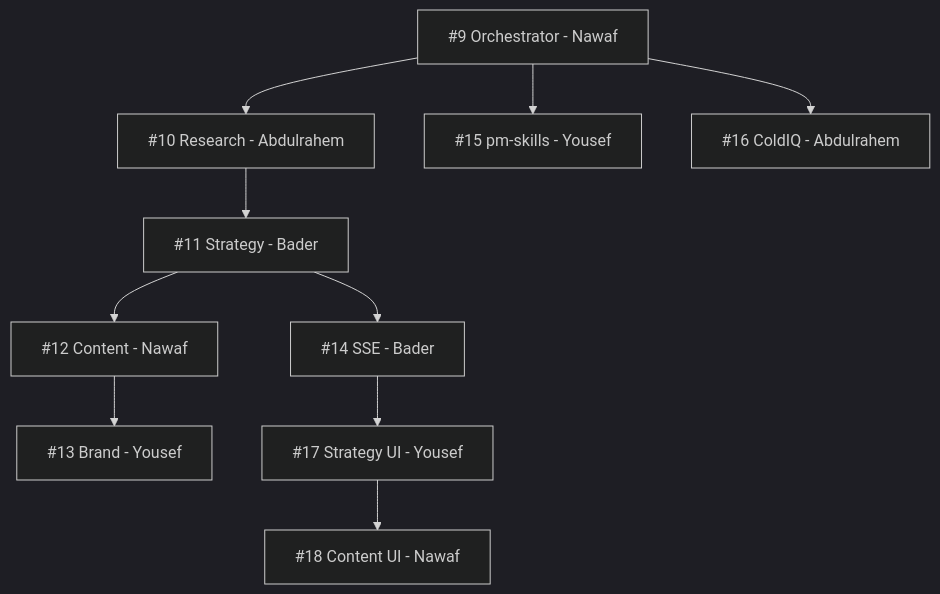
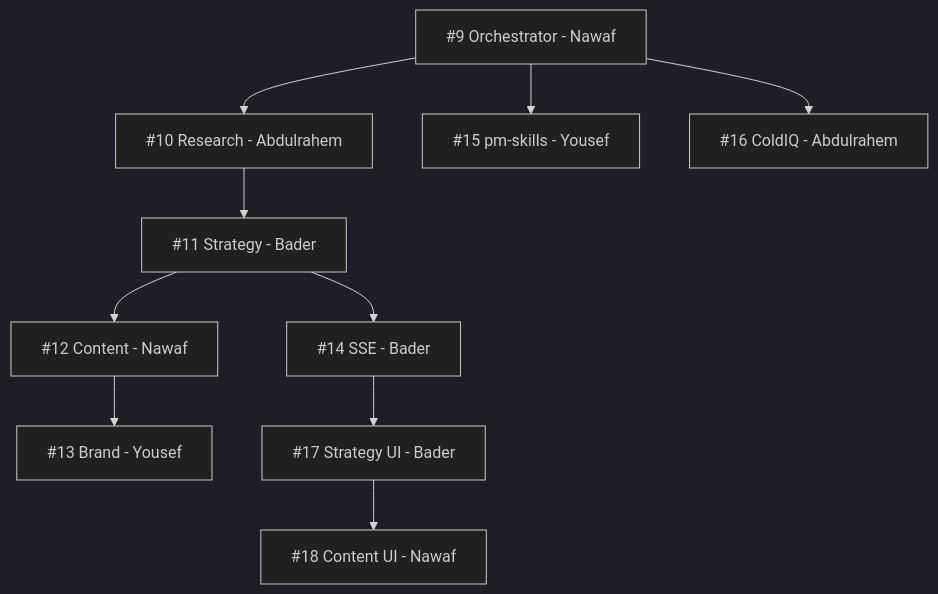
One commit to yousef4git/ReachGTM changed the diagram in docs/epics/epic-2-agents.md. Above: the diagram before and after it, drawn with Mermaid (dark theme). The commit also changed other lines of this file and 1 other file, not shown here.

First line of the commit message:
Rebalance: Bader gets #17 (now 4 PRs each), Yousef drops #17 (now 4 PRs each)

````diff
--- a/docs/epics/epic-2-agents.md
+++ b/docs/epics/epic-2-agents.md
@@ -57,12 +55,12 @@
 ```mermaid
 graph TD
   A[#9 Orchestrator - Nawaf] --> B[#10 Research - Abdulrahem]
   A --> E[#15 pm-skills - Yousef]
   A --> F[#16 ColdIQ - Abdulrahem]
   B --> C[#11 Strategy - Bader]
   C --> D[#12 Content - Nawaf]
   D --> G[#13 Brand - Yousef]
   C --> H[#14 SSE - Bader]
-  H --> I[#17 Strategy UI - Yousef]
+  H --> I[#17 Strategy UI - Bader]
   I --> J[#18 Content UI - Nawaf]
 ```
````
